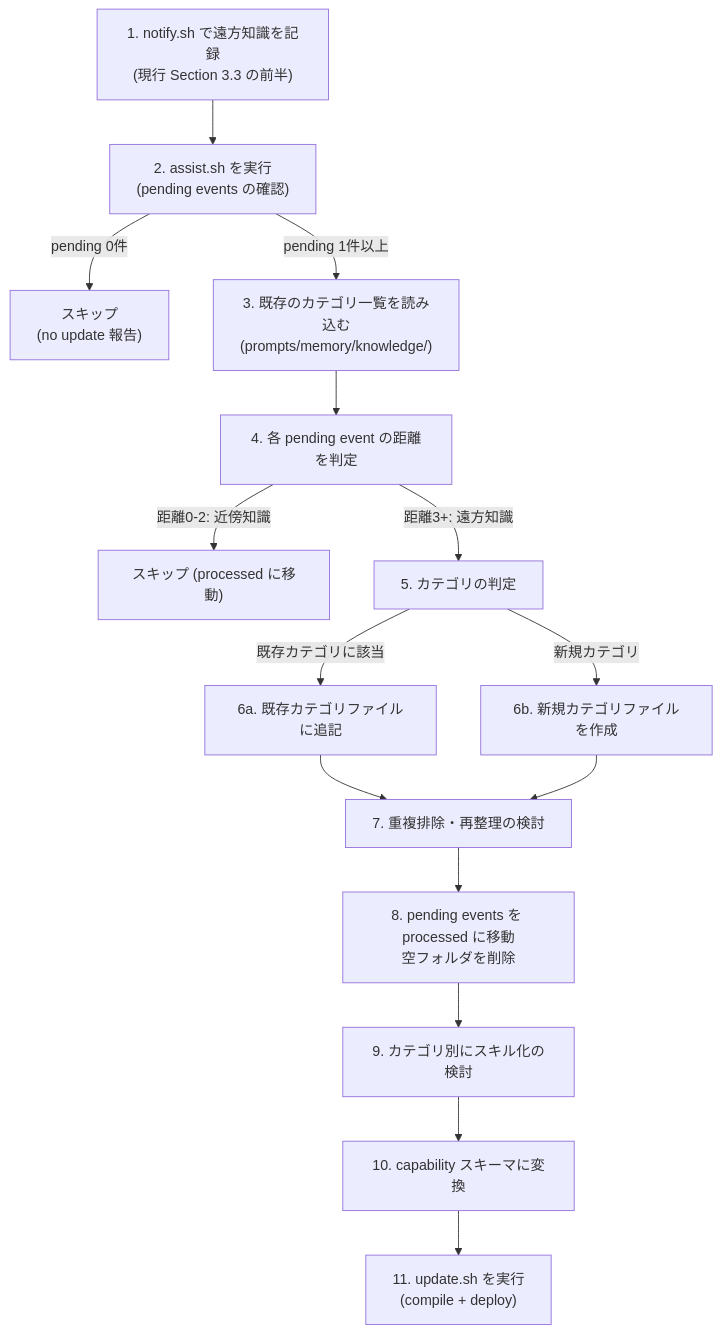
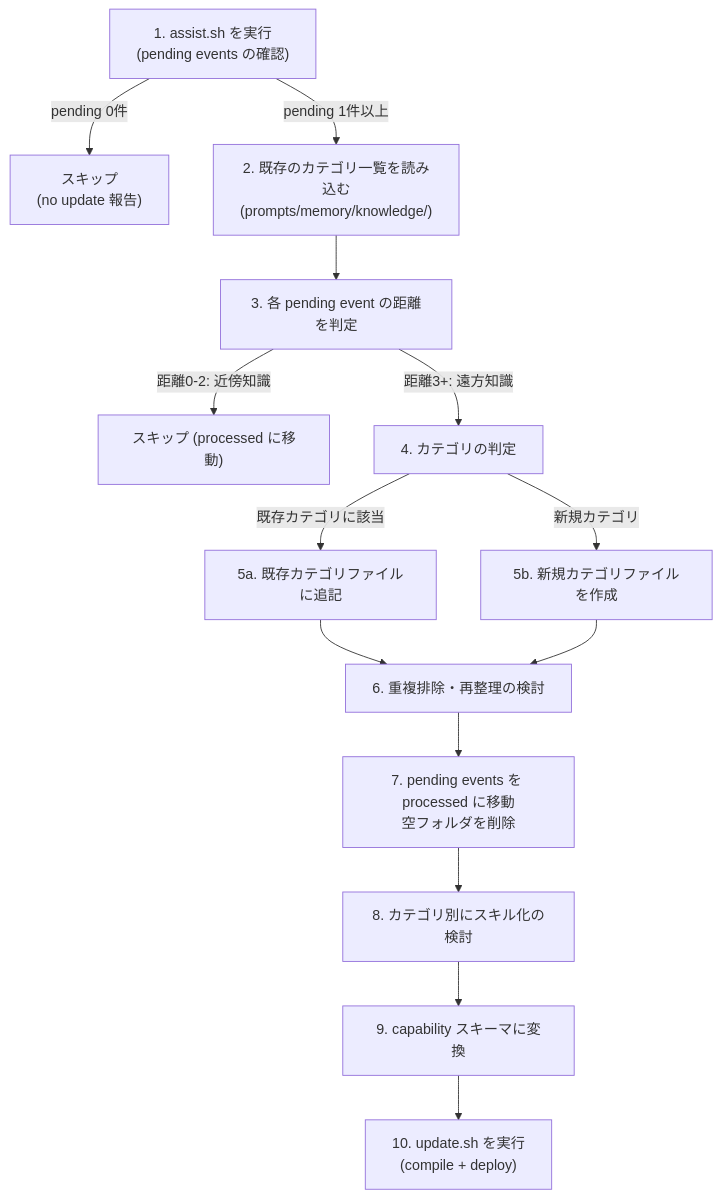
Before and after one commit to axsh/tokotachi: the diagram in prompts/phases/000-foundation/branches/fix-memory-compiling/ideas/005-Far-Knowledge-Skillification.md, drawn with Mermaid. The commit also changed other lines of this file, not shown here.

Commit message:
docs: revise 005-Far-Knowledge-Skillification per review - separate systematization workflow

````diff
--- a/prompts/phases/000-foundation/branches/fix-memory-compiling/ideas/005-Far-Knowledge-Skillification.md
+++ b/prompts/phases/000-foundation/branches/fix-memory-compiling/ideas/005-Far-Knowledge-Skillification.md
@@ -109,17 +111,16 @@
 ```mermaid
 flowchart TD
-    A["1. notify.sh で遠方知識を記録\n(現行 Section 3.3 の前半)"] --> B["2. assist.sh を実行\n(pending events の確認)"]
-    B -->|"pending 0件"| C["スキップ\n(no update 報告)"]
-    B -->|"pending 1件以上"| D["3. 既存のカテゴリ一覧を読み込む\n(prompts/memory/knowledge/)"]
-    D --> E["4. 各 pending event の距離を判定"]
-    E -->|"距離0-2: 近傍知識"| F["スキップ (processed に移動)"]
-    E -->|"距離3+: 遠方知識"| G["5. カテゴリの判定"]
-    G -->|"既存カテゴリに該当"| H["6a. 既存カテゴリファイルに追記"]
-    G -->|"新規カテゴリ"| I["6b. 新規カテゴリファイルを作成"]
-    H --> J["7. 重複排除・再整理の検討"]
-    I --> J
-    J --> K["8. pending events を processed に移動\n空フォルダを削除"]
-    K --> L["9. カテゴリ別にスキル化の検討"]
-    L --> M["10. capability スキーマに変換"]
-    M --> N["11. update.sh を実行\n(compile + deploy)"]
+    A["1. assist.sh を実行\n(pending events の確認)"] -->|"pending 0件"| B["スキップ\n(no update 報告)"]
+    A -->|"pending 1件以上"| C["2. 既存のカテゴリ一覧を読み込む\n(prompts/memory/knowledge/)"]
+    C --> D["3. 各 pending event の距離を判定"]
+    D -->|"距離0-2: 近傍知識"| E["スキップ (processed に移動)"]
+    D -->|"距離3+: 遠方知識"| F["4. カテゴリの判定"]
+    F -->|"既存カテゴリに該当"| G["5a. 既存カテゴリファイルに追記"]
+    F -->|"新規カテゴリ"| H["5b. 新規カテゴリファイルを作成"]
+    G --> I["6. 重複排除・再整理の検討"]
+    H --> I
+    I --> J["7. pending events を processed に移動\n空フォルダを削除"]
+    J --> K["8. カテゴリ別にスキル化の検討"]
+    K --> L["9. capability スキーマに変換"]
+    L --> M["10. update.sh を実行\n(compile + deploy)"]
 ```
````
